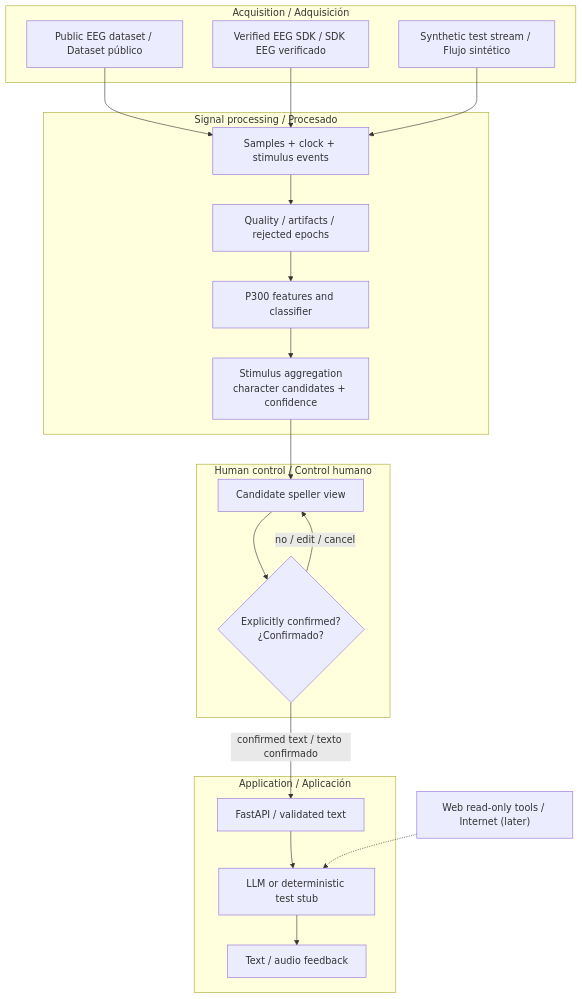
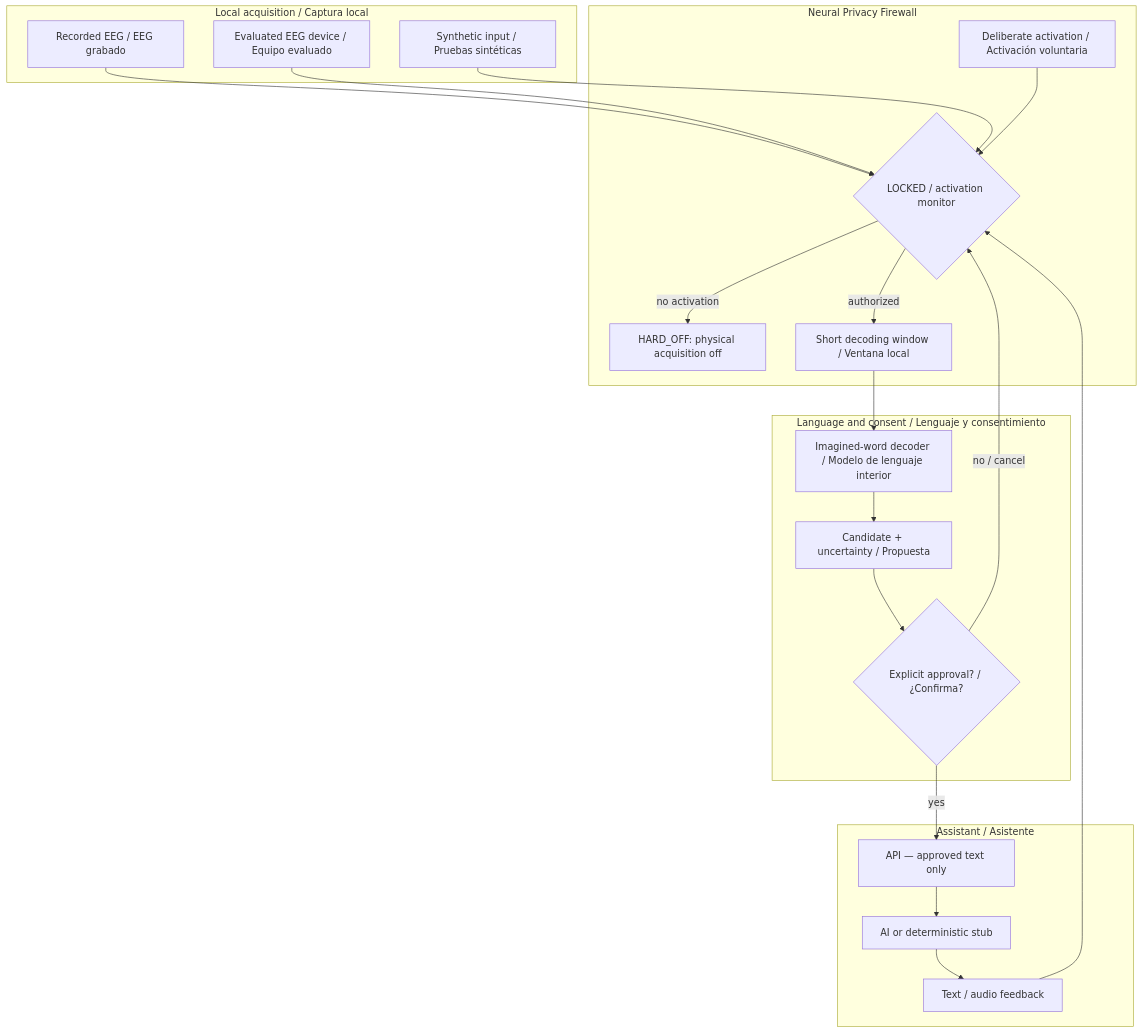
The diagram in diagrams/arquitectura-software.md (alvrichh/NeuroLink-AI), drawn with Mermaid before and after one commit. The commit also changed other lines of this file and 13 other files, not shown here.

Commit message:
docs: align EN/ES roadmap, primary phase and diagrams with inner speech and private-by-default design

````diff
--- a/diagrams/arquitectura-software.md
+++ b/diagrams/arquitectura-software.md
@@ -5,30 +5,33 @@
 ```mermaid
 flowchart TD
-  subgraph SOURCE["Acquisition / Adquisición"]
-    DATA["Public EEG dataset / Dataset público"]
-    LIVE["Verified EEG SDK / SDK EEG verificado"]
-    SYN["Synthetic test stream / Flujo sintético"]
+  subgraph INPUT["Local acquisition / Captura local"]
+    DATA["Recorded EEG / EEG grabado"]
+    DEV["Evaluated EEG device / Equipo evaluado"]
+    TEST["Synthetic input / Pruebas sintéticas"]
   end
-  subgraph PROCESS["Signal processing / Procesado"]
-    INGEST["Samples + clock + stimulus events"]
-    QC["Quality / artifacts / rejected epochs"]
-    ERP["P300 features and classifier"]
-    SEL["Stimulus aggregation<br/>character candidates + confidence"]
+  subgraph GUARD["Neural Privacy Firewall"]
+    OFF["HARD_OFF: physical acquisition off"]
+    GATE{"LOCKED / activation monitor"}
+    KEY["Deliberate activation / Activación voluntaria"]
+    DEC["Short decoding window / Ventana local"]
   end
-  subgraph USER["Human control / Control humano"]
-    UI["Candidate speller view"]
-    ACK{"Explicitly confirmed?<br/>¿Confirmado?"}
+  subgraph CONTENT["Language and consent / Lenguaje y consentimiento"]
+    MODEL["Imagined-word decoder / Modelo de lenguaje interior"]
+    REVIEW["Candidate + uncertainty / Propuesta"]
+    OK{"Explicit approval? / ¿Confirma?"}
   end
-  subgraph APP["Application / Aplicación"]
-    API["FastAPI / validated text"]
-    AI["LLM or deterministic test stub"]
-    FEED["Text / audio feedback"]
+  subgraph OUT["Assistant / Asistente"]
+    API["API — approved text only"]
+    AI["AI or deterministic stub"]
+    RETURN["Text / audio feedback"]
   end
-  DATA --> INGEST
-  LIVE --> INGEST
-  SYN --> INGEST
-  INGEST --> QC --> ERP --> SEL --> UI --> ACK
-  ACK -->|"no / edit / cancel"| UI
-  ACK -->|"confirmed text / texto confirmado"| API --> AI --> FEED
-  TOOL["Web read-only tools / Internet (later)"] -.-> AI
+  DATA --> GATE
+  DEV --> GATE
+  TEST --> GATE
+  GATE -->|"no activation"| OFF
+  KEY --> GATE
+  GATE -->|"authorized"| DEC --> MODEL --> REVIEW --> OK
+  OK -->|"no / cancel"| GATE
+  OK -->|"yes"| API --> AI --> RETURN
+  RETURN --> GATE
 ```
````
